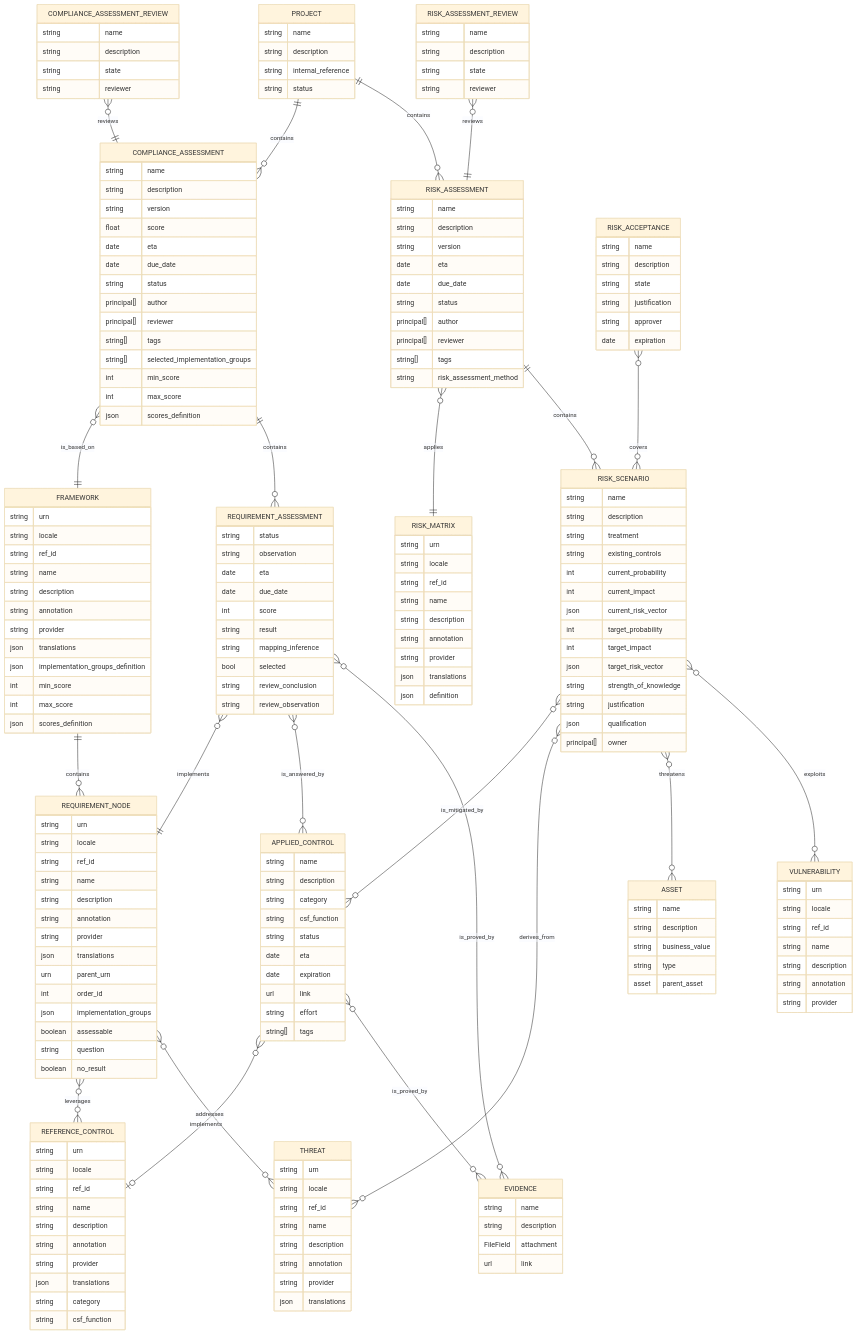
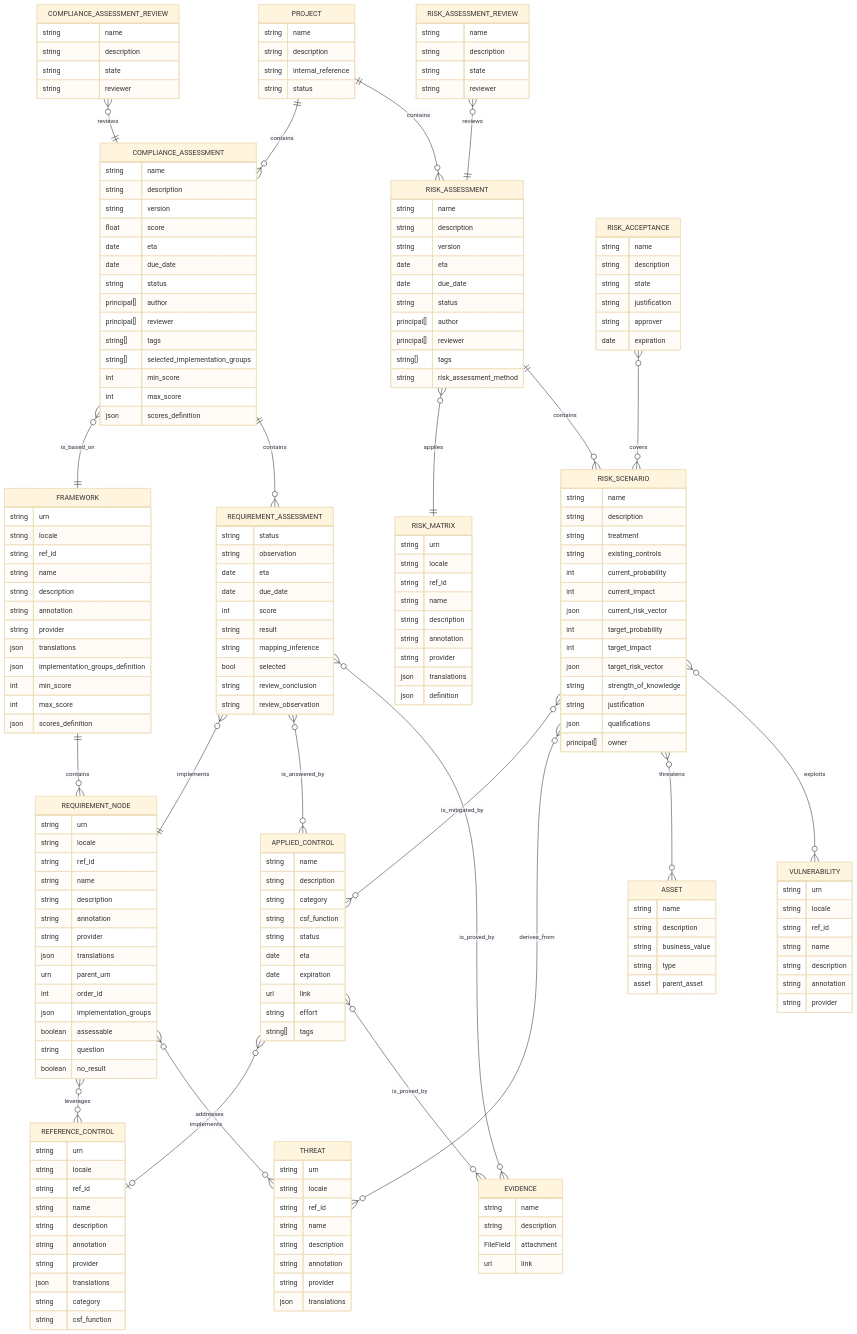
The fourth of 10 diagrams in documentation/architecture/data-model.md (intuitem/ciso-assistant-community), drawn with Mermaid (base theme) before and after one commit. The commit also changed 8 other files, not shown here.

Commit message:
Rename qualification field into qualifications

```diff
--- a/documentation/architecture/data-model.md
+++ b/documentation/architecture/data-model.md
@@ -288,7 +288,7 @@
         json   target_risk_vector
         string strength_of_knowledge
         string justification
-        json   qualification
+        json   qualifications
 
         principal[] owner
     }
```
